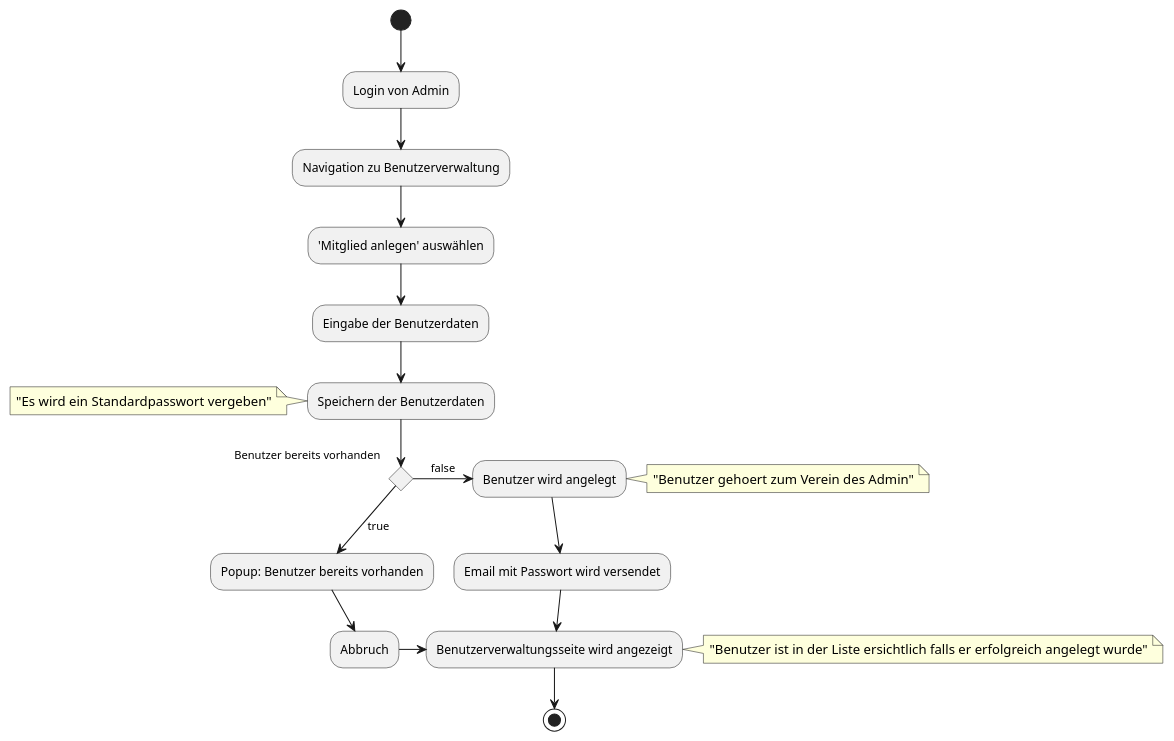
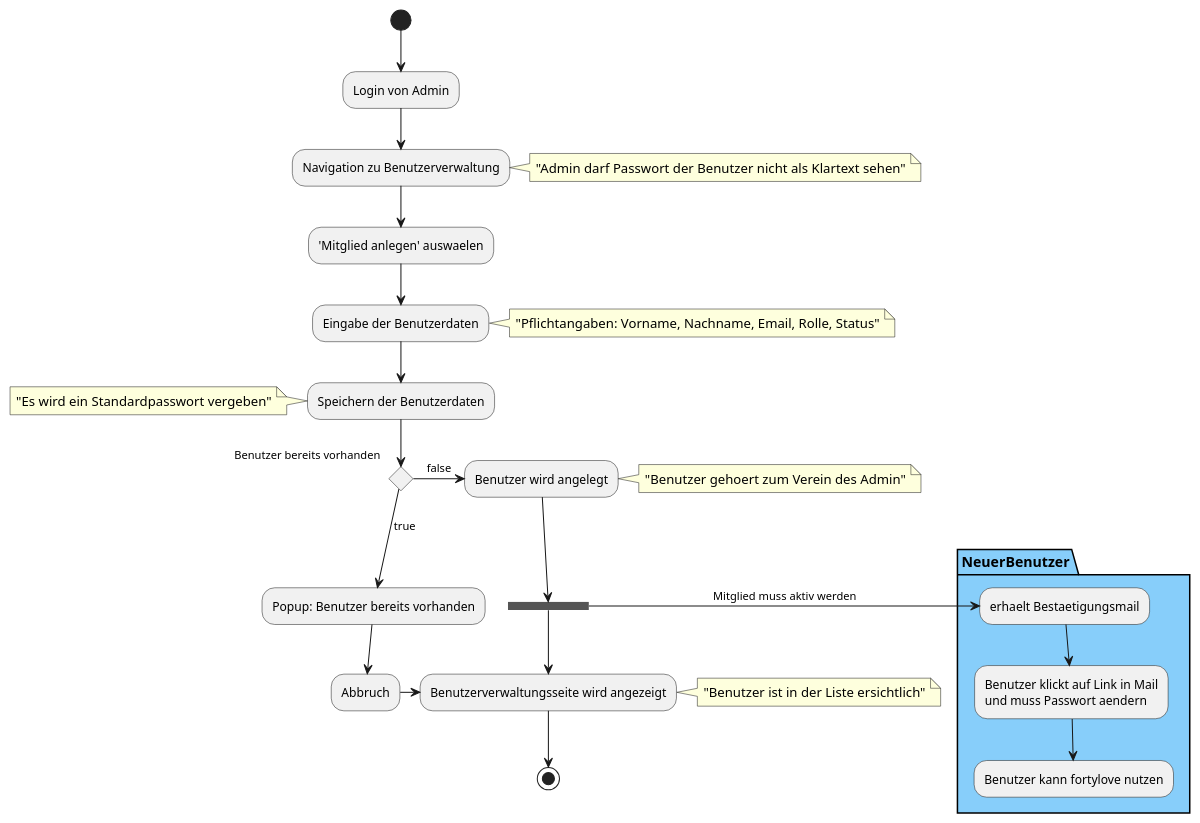
One commit to incrediblybadcoder/fortylove changed the diagram in documents/design/usecases/admin/activity/UC3_Neuen_Member_erstellen.puml. Above: the diagram before and after it, drawn with PlantUML.

Commit message:
#85 Ablauf erstellt wie ein Member durch einen Admin erstellt werden könnte

```diff
--- a/documents/design/usecases/admin/activity/UC3_Neuen_Member_erstellen.puml
+++ b/documents/design/usecases/admin/activity/UC3_Neuen_Member_erstellen.puml
@@ -1,22 +1,32 @@
 @startuml
 (*) --> "Login von Admin"
 --> "Navigation zu Benutzerverwaltung"
---> "'Mitglied anlegen' auswählen"
+note right: "Admin darf Passwort der Benutzer nicht als Klartext sehen"
+--> "'Mitglied anlegen' auswaelen"
 --> "Eingabe der Benutzerdaten"
+note right: "Pflichtangaben: Vorname, Nachname, Email, Rolle, Status"
 --> "Speichern der Benutzerdaten"
 note left: "Es wird ein Standardpasswort vergeben"
 
 
 if "Benutzer bereits vorhanden" then
   -->[true] "Popup: Benutzer bereits vorhanden"
   --> "Abbruch"
   -right-> "Benutzerverwaltungsseite wird angezeigt"
 else
   ->[false] "Benutzer wird angelegt"
   note right: "Benutzer gehoert zum Verein des Admin"
-  --> "Email mit Passwort wird versendet"
+  --> === S1 ===
   --> "Benutzerverwaltungsseite wird angezeigt"
-endif
-note right: "Benutzer ist in der Liste ersichtlich falls er erfolgreich angelegt wurde"
---> (*)
+  note right: "Benutzer ist in der Liste ersichtlich"
+  --> (*)
+  endif
+
+  partition NeuerBenutzer #LightSkyBlue{
+  === S1 === -right->[Mitglied muss aktiv werden] erhaelt Bestaetigungsmail
+  --> "Benutzer klickt auf Link in Mail\nund muss Passwort aendern"
+  --> "Benutzer kann fortylove nutzen"
+  }
+
+
 @enduml
```
